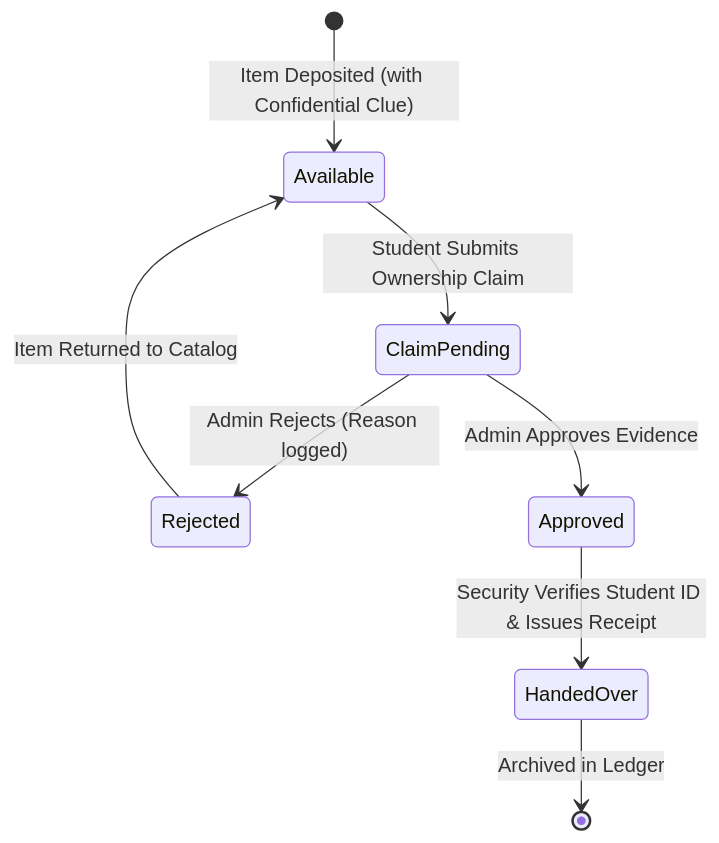
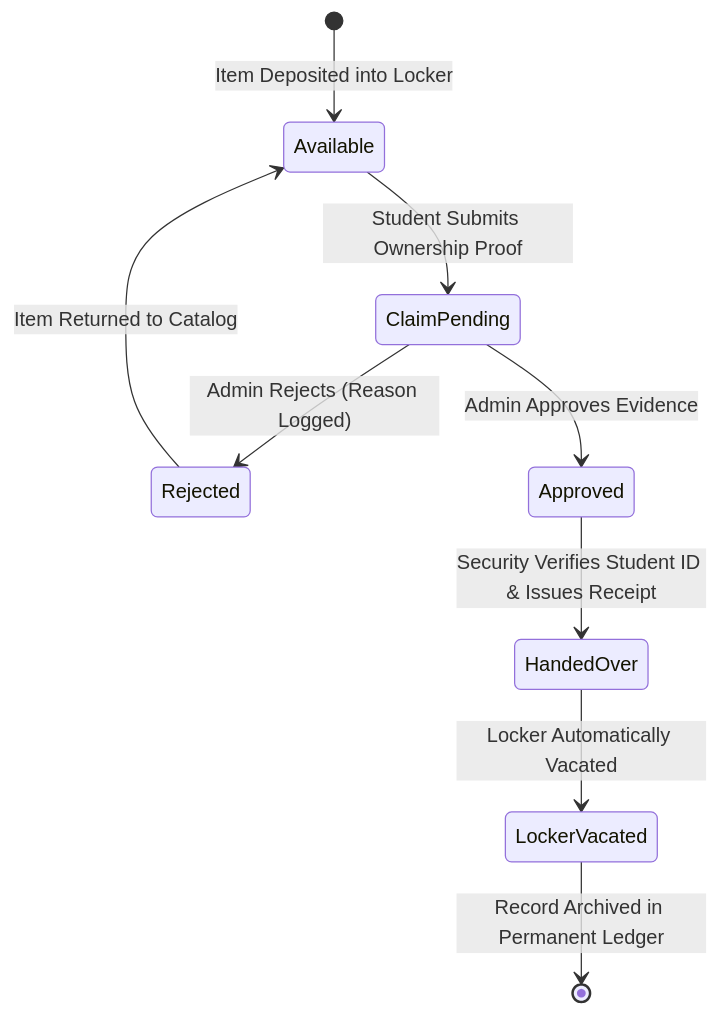
The diagram in README.md (PATEL-BTECH/OOPS-Lost-It-Portal-), drawn with Mermaid before and after one commit. The commit also changed other lines of this file, not shown here.

````diff
--- a/README.md
+++ b/README.md
@@ -276,10 +317,11 @@
 ```mermaid
 stateDiagram-v2
-    [*] --> Available: Item Deposited (with Confidential Clue)
-    Available --> ClaimPending: Student Submits Ownership Claim
-    ClaimPending --> Rejected: Admin Rejects (Reason logged)
+    [*] --> Available: Item Deposited into Locker
+    Available --> ClaimPending: Student Submits Ownership Proof
+    ClaimPending --> Rejected: Admin Rejects (Reason Logged)
     Rejected --> Available: Item Returned to Catalog
     ClaimPending --> Approved: Admin Approves Evidence
     Approved --> HandedOver: Security Verifies Student ID & Issues Receipt
-    HandedOver --> [*]: Archived in Ledger
+    HandedOver --> LockerVacated: Locker Automatically Vacated
+    LockerVacated --> [*]: Record Archived in Permanent Ledger
 ```
````
